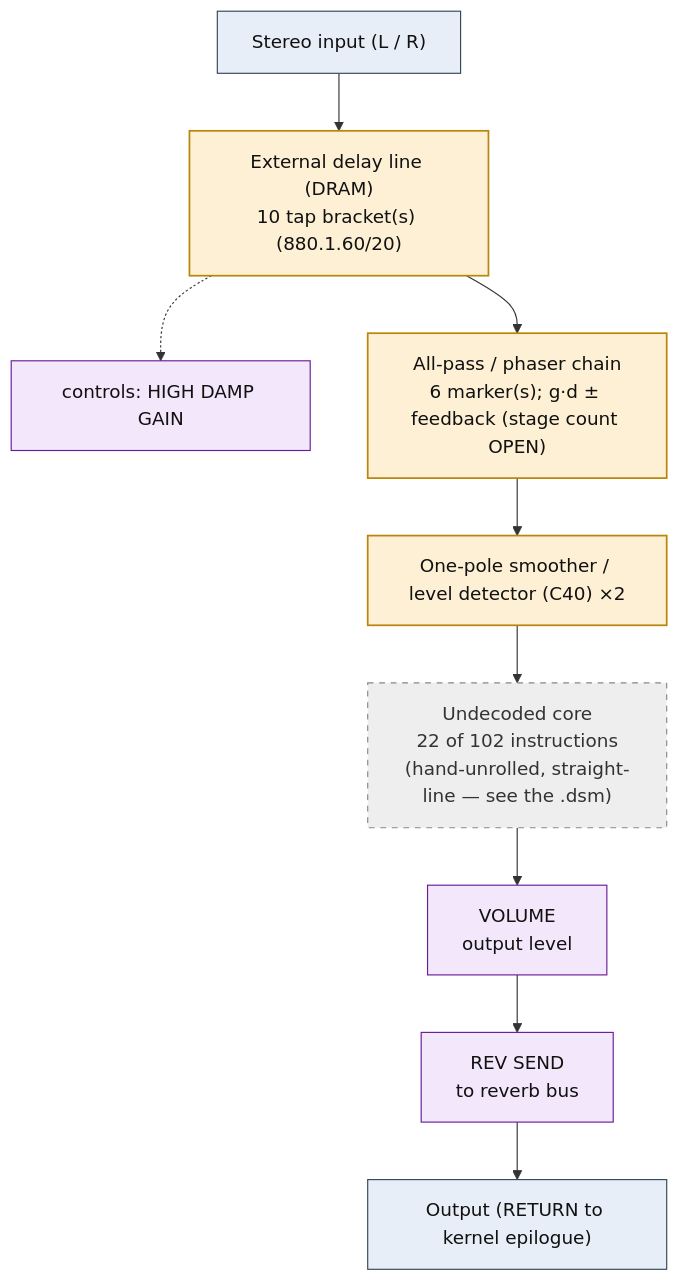
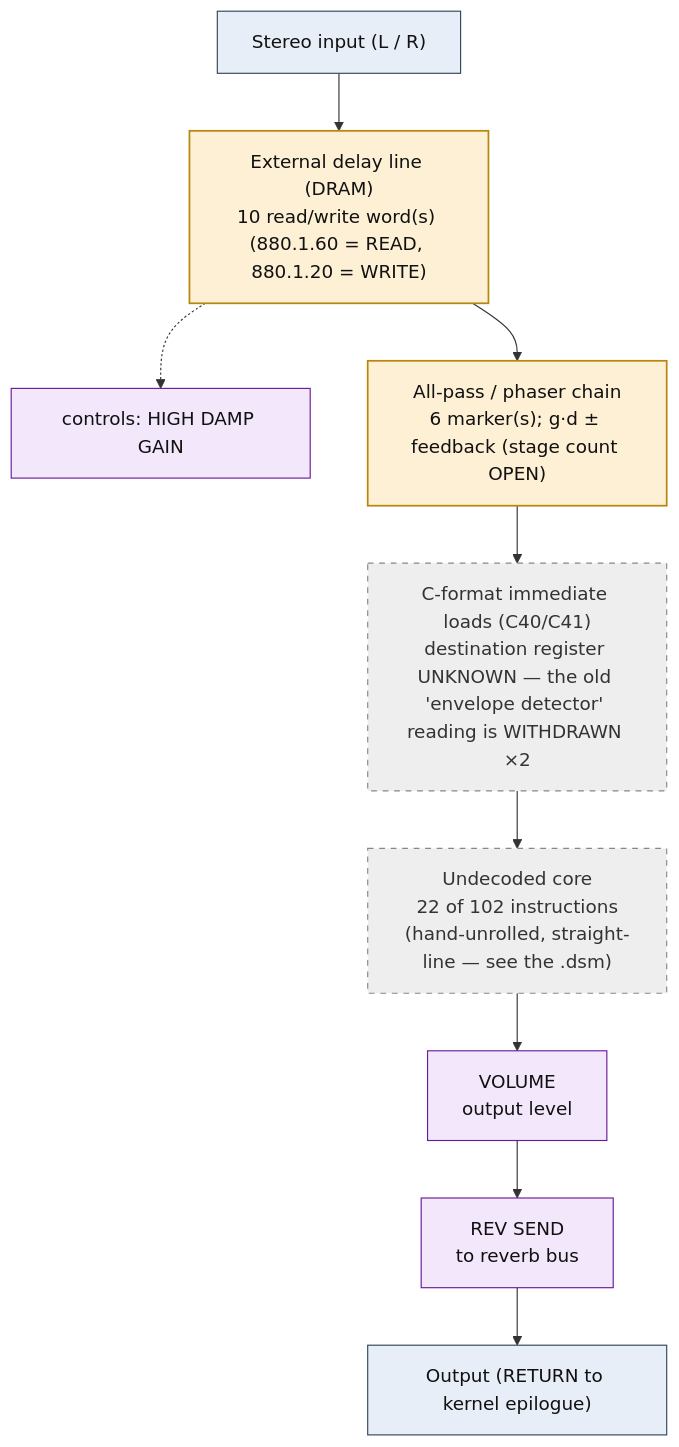
Before and after one commit to ArqueologiaDigital/kn5000-roms-disasm: the diagram in dsp/flowcharts/prog08_gated_reverb.md, drawn with Mermaid. The commit also changed other lines of this file and 86 other files, not shown here.

````diff
--- a/dsp/flowcharts/prog08_gated_reverb.md
+++ b/dsp/flowcharts/prog08_gated_reverb.md
@@ -12,31 +12,31 @@
 ```mermaid
 flowchart TD
     N0["Stereo input (L / R)"]
-    N1["External delay line (DRAM)<br/>10 tap bracket(s) (880.1.60/20)"]
+    N1["External delay line (DRAM)<br/>10 read/write word(s) (880.1.60 = READ, 880.1.20 = WRITE)"]
     N0 --> N1
     N2["controls: HIGH DAMP GAIN"]
     N1 -.-> N2
     N3["All-pass / phaser chain<br/>6 marker(s); g&middot;d &plusmn; feedback (stage count OPEN)"]
     N1 --> N3
-    N4["One-pole smoother / level detector (C40) &times;2"]
+    N4["C-format immediate loads (C40/C41)<br/>destination register UNKNOWN &mdash; the old 'envelope detector' reading is WITHDRAWN &times;2"]
     N3 --> N4
     N5["Undecoded core<br/>22 of 102 instructions<br/>(hand-unrolled, straight-line &mdash; see the .dsm)"]
     N4 --> N5
     N6["VOLUME<br/>output level"]
     N5 --> N6
     N7["REV SEND<br/>to reverb bus"]
     N6 --> N7
     N8["Output (RETURN to kernel epilogue)"]
     N7 --> N8
 
     classDef io fill:#e8eef7,stroke:#33475b,stroke-width:1px,color:#111;
     classDef proven fill:#d7f0d7,stroke:#2e7d32,stroke-width:2px,color:#111;
     classDef measured fill:#dbe9fb,stroke:#1565c0,stroke-width:1.5px,color:#111;
     classDef inferred fill:#fdf0d5,stroke:#b8860b,stroke-width:1.5px,color:#111;
     classDef open fill:#eeeeee,stroke:#888,stroke-width:1px,color:#333,stroke-dasharray:5 5;
     classDef ctrl fill:#f3e8fb,stroke:#6a1b9a,stroke-width:1px,color:#111;
     class N0,N8 io;
-    class N1,N3,N4 inferred;
+    class N1,N3 inferred;
     class N2,N6,N7 ctrl;
-    class N5 open;
+    class N4,N5 open;
 ```
````
